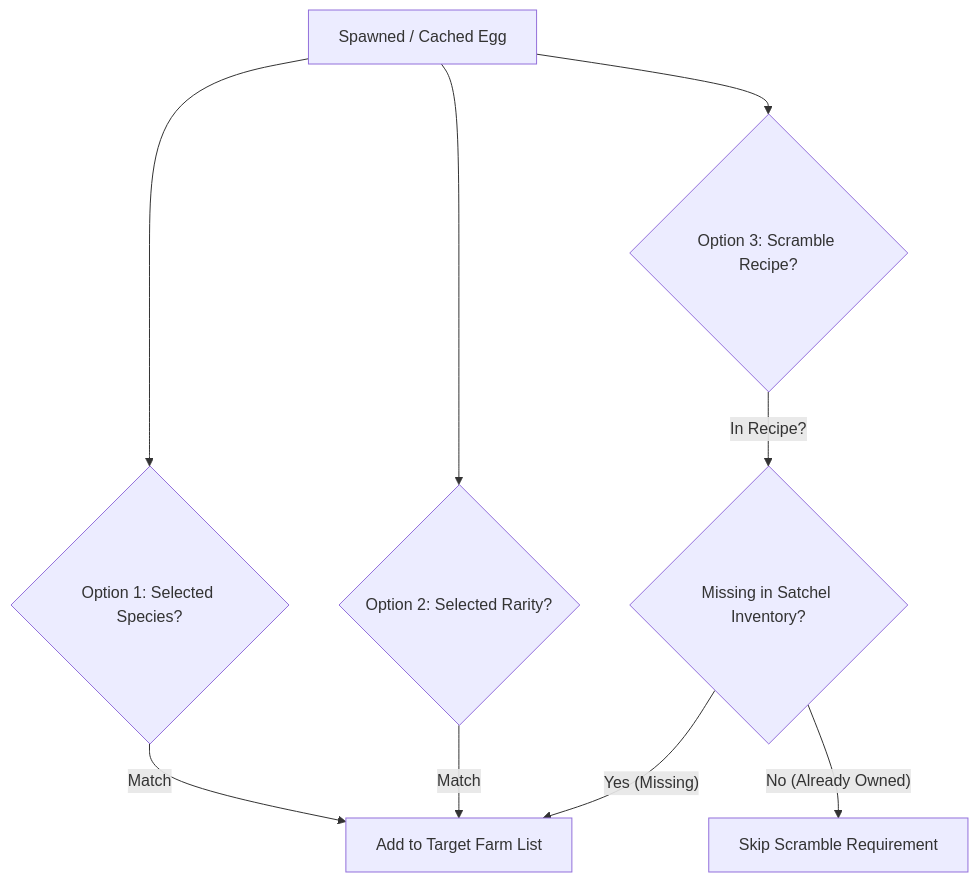
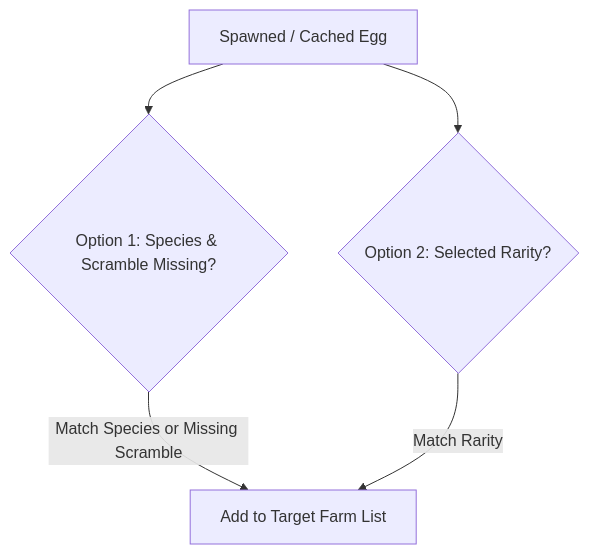
Before and after one commit to jymarkb/admin-tool: the diagram in farmer/CURRENT_LOGIC_SUMMARY.md, drawn with Mermaid. The commit also changed other lines of this file and 2 other files, not shown here.

````diff
--- a/farmer/CURRENT_LOGIC_SUMMARY.md
+++ b/farmer/CURRENT_LOGIC_SUMMARY.md
@@ -56,12 +57,8 @@
 ```mermaid
 flowchart TD
-    Egg[Spawned / Cached Egg] --> O1{Option 1: Selected Species?}
+    Egg[Spawned / Cached Egg] --> O1{Option 1: Species & Scramble Missing?}
     Egg --> O2{Option 2: Selected Rarity?}
-    Egg --> O3{Option 3: Scramble Recipe?}
 
-    O1 -- Match --> Target[Add to Target Farm List]
-    O2 -- Match --> Target
-    O3 -- In Recipe? --> Missing{Missing in Satchel Inventory?}
-    Missing -- Yes (Missing) --> Target
-    Missing -- No (Already Owned) --> Ignore[Skip Scramble Requirement]
+    O1 -- Match Species or Missing Scramble --> Target[Add to Target Farm List]
+    O2 -- Match Rarity --> Target
 ```
````
